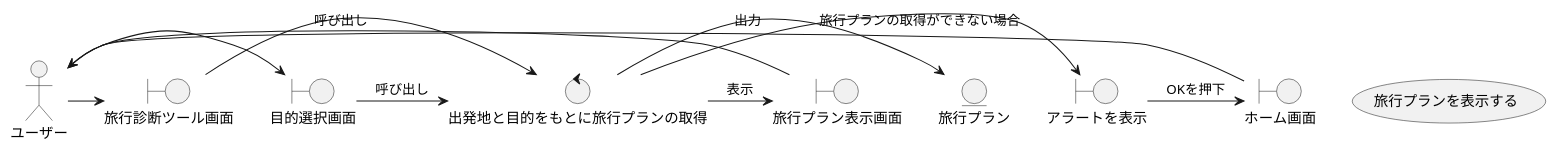
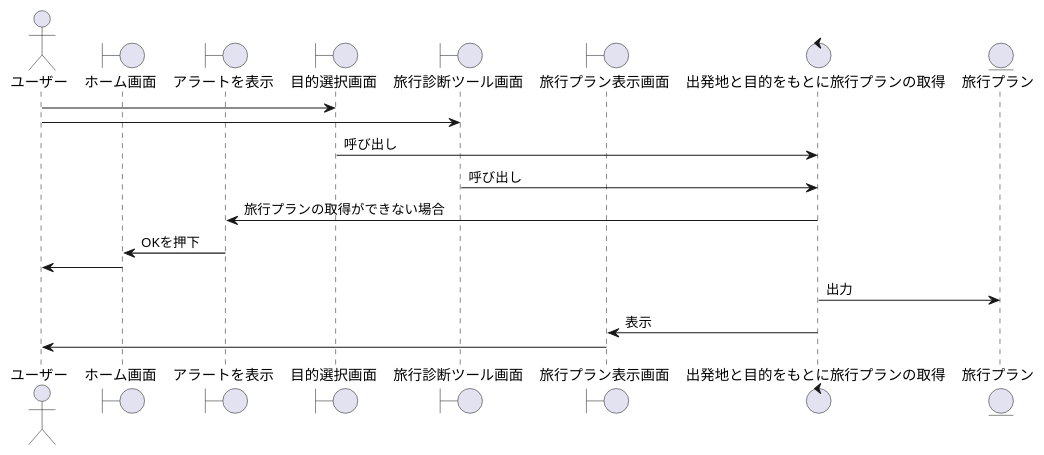
One commit to teamack20172020/sotukenTest changed the diagram in 設計書/シーケンス図/済：ユーザー3：旅行プランを表示する.pu. Above: the diagram before and after it, drawn with PlantUML. The commit also changed 1 other file, not shown here.

Commit message:
シーケンス図「旅行プランを表示する」を修正した

```diff
--- a/設計書/シーケンス図/済：ユーザー3：旅行プランを表示する.pu
+++ b/設計書/シーケンス図/済：ユーザー3：旅行プランを表示する.pu
@@ -1,28 +1,26 @@
 @startuml
-
-usecase 旅行プランを表示する
 
 actor ユーザー
 
 boundary ホーム画面
 boundary アラートを表示
 boundary 目的選択画面
 boundary 旅行診断ツール画面
 boundary 旅行プラン表示画面
 
 control 出発地と目的をもとに旅行プランの取得
 
 entity 旅行プラン
 
 ユーザー -> 目的選択画面
 ユーザー -> 旅行診断ツール画面
 目的選択画面 -> 出発地と目的をもとに旅行プランの取得 : 呼び出し
 旅行診断ツール画面 -> 出発地と目的をもとに旅行プランの取得 : 呼び出し
 出発地と目的をもとに旅行プランの取得 -> アラートを表示 : 旅行プランの取得ができない場合
 アラートを表示 -> ホーム画面 : OKを押下
 ホーム画面 -> ユーザー
 出発地と目的をもとに旅行プランの取得 -> 旅行プラン : 出力
 出発地と目的をもとに旅行プランの取得 -> 旅行プラン表示画面 : 表示
 旅行プラン表示画面 -> ユーザー
 
 @enduml
```
